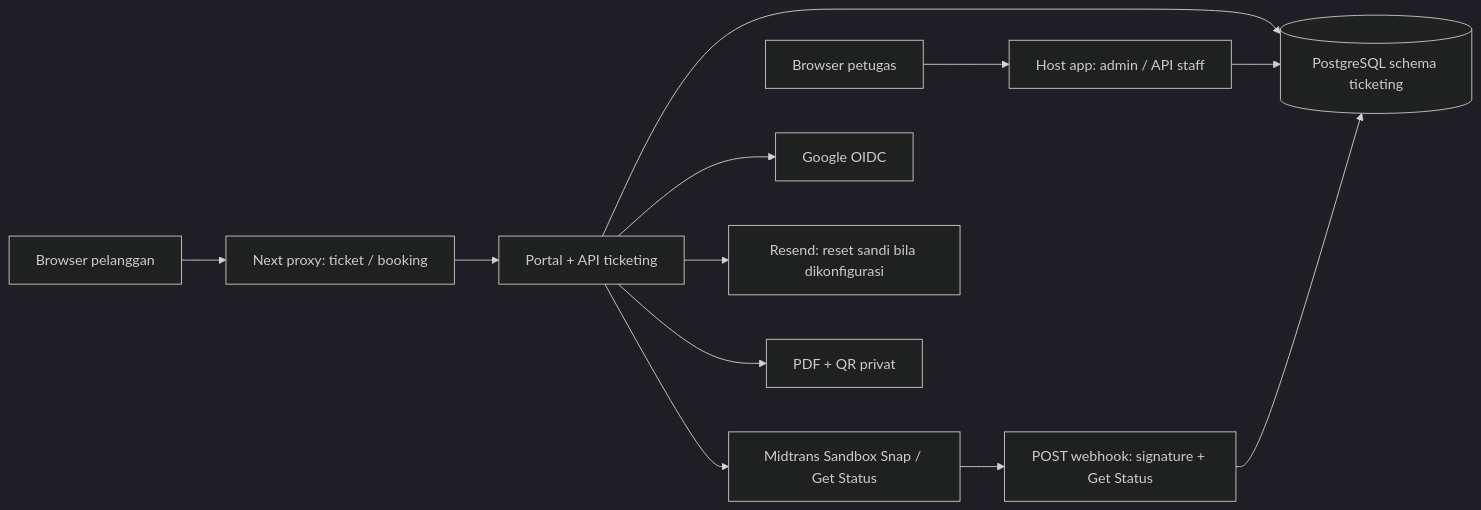
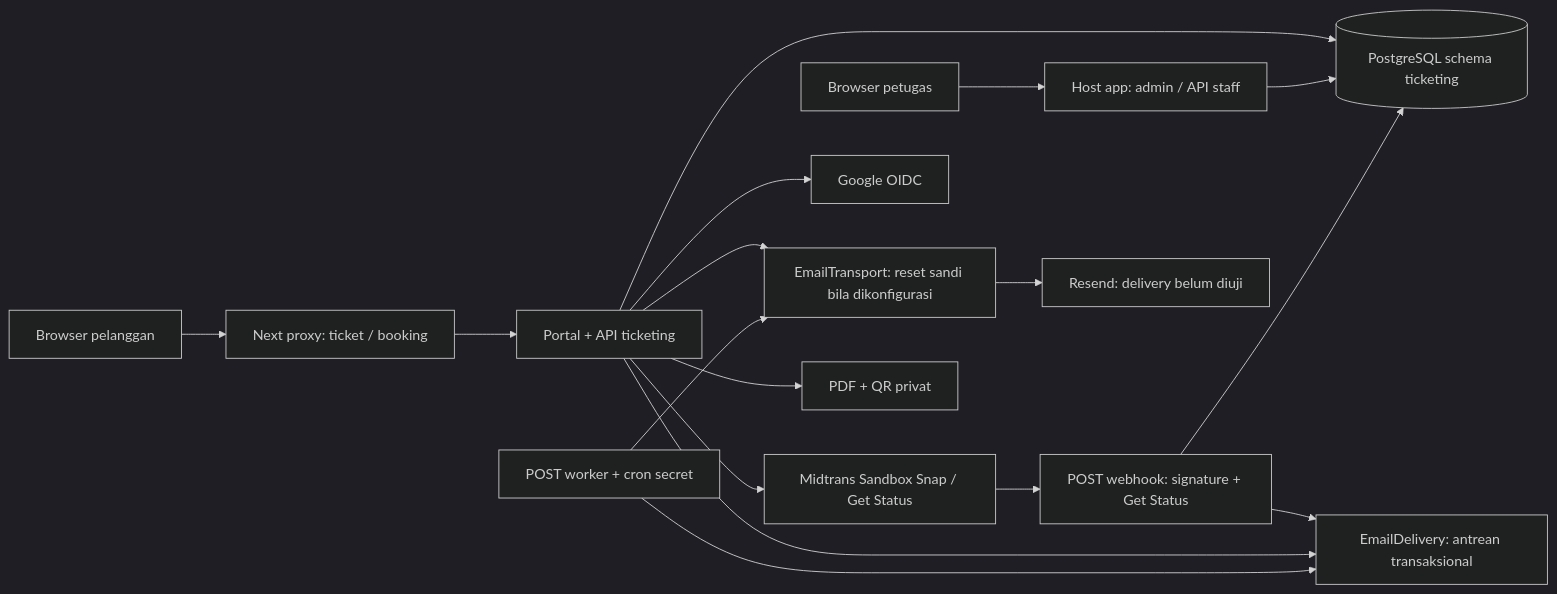
Before and after one commit to rifdanhd/lembur.udjo: the first of 3 diagrams in docs/booking/rad-design.md, drawn with Mermaid (dark theme). The commit also changed other lines of this file and 47 other files, not shown here.

````diff
--- a/docs/booking/rad-design.md
+++ b/docs/booking/rad-design.md
@@ -68,14 +70,19 @@
 ```mermaid
 flowchart LR
   C[Browser pelanggan] --> P[Next proxy: ticket / booking]
   P --> V[Portal + API ticketing]
   S[Browser petugas] --> A[Host app: admin / API staff]
   V --> D[(PostgreSQL schema ticketing)]
   A --> D
   V --> M[Midtrans Sandbox Snap / Get Status]
   M --> W[POST webhook: signature + Get Status]
   W --> D
   V --> G[Google OIDC]
-  V --> E[Resend: reset sandi bila dikonfigurasi]
+  V --> E[EmailTransport: reset sandi bila dikonfigurasi]
+  W --> O[EmailDelivery: antrean transaksional]
+  V --> O
+  CR[POST worker + cron secret] --> O
+  CR --> E
+  E --> RS[Resend: delivery belum diuji]
   V --> T[PDF + QR privat]
 ```
````
